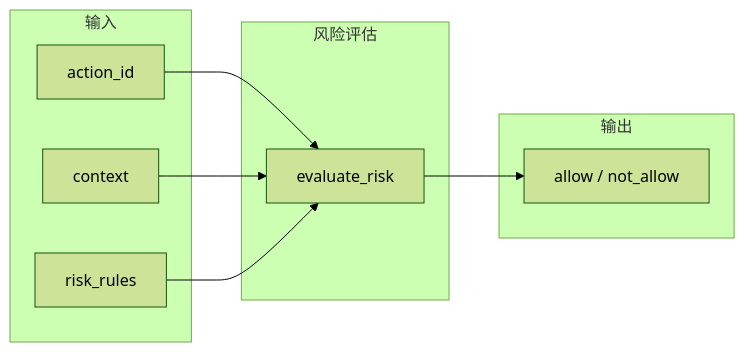
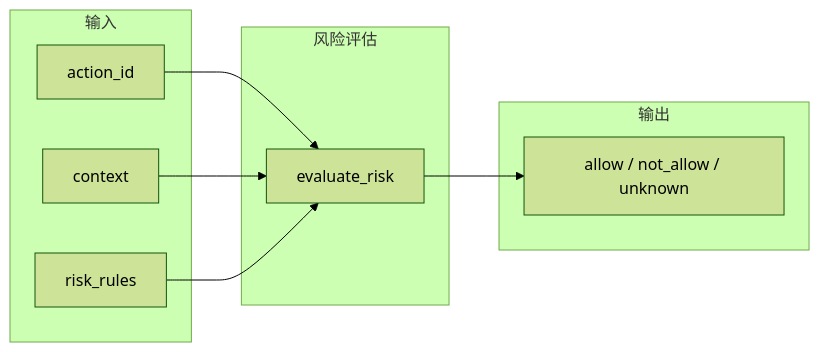
Before and after one commit to hhthxt/bkn-specification: the diagram in examples/risk/risk.md, drawn with Mermaid (forest theme). The commit also changed other lines of this file and 9 other files, not shown here.

````diff
--- a/examples/risk/risk.md
+++ b/examples/risk/risk.md
@@ -82,18 +86,18 @@
 ```mermaid
 flowchart LR
   subgraph input [输入]
     A[action_id]
     B[context]
     C[risk_rules]
   end
   subgraph eval [风险评估]
     D[evaluate_risk]
   end
   subgraph output [输出]
-    E["allow / not_allow"]
+    E["allow / not_allow / unknown"]
   end
   A --> D
   B --> D
   C --> D
   D --> E
 ```
````
